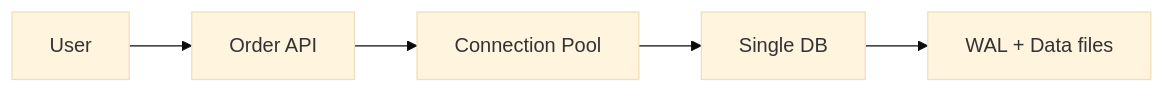
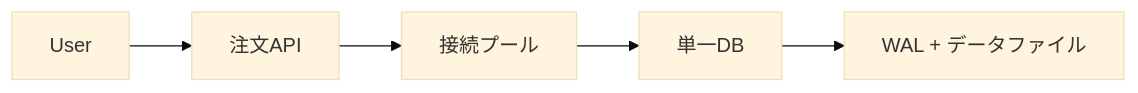
One commit to hirunebot/database-systems-book changed the first of 8 diagrams in src/content/docs/06-operations/18-capstone.md. Above: the diagram before and after it, drawn with Mermaid (base theme). The commit also changed other lines of this file and 42 other files, not shown here.

````diff
--- a/src/content/docs/06-operations/18-capstone.md
+++ b/src/content/docs/06-operations/18-capstone.md
@@ -50,7 +50,7 @@
 ```mermaid
 flowchart LR
-    User --> API["Order API"]
-    API --> Pool["Connection Pool"]
-    Pool --> DB["Single DB"]
-    DB --> Disk["WAL + Data files"]
+    User --> API["注文API"]
+    API --> Pool["接続プール"]
+    Pool --> DB["単一DB"]
+    DB --> Disk["WAL + データファイル"]
 ```
````
